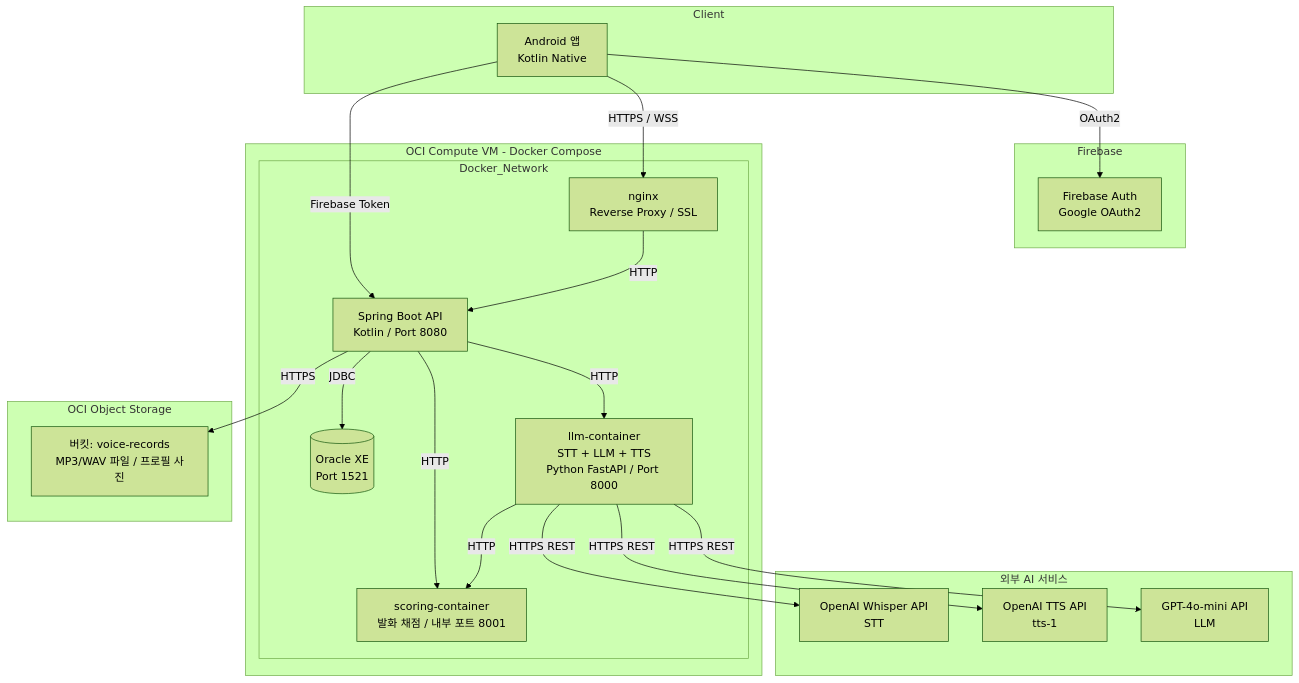
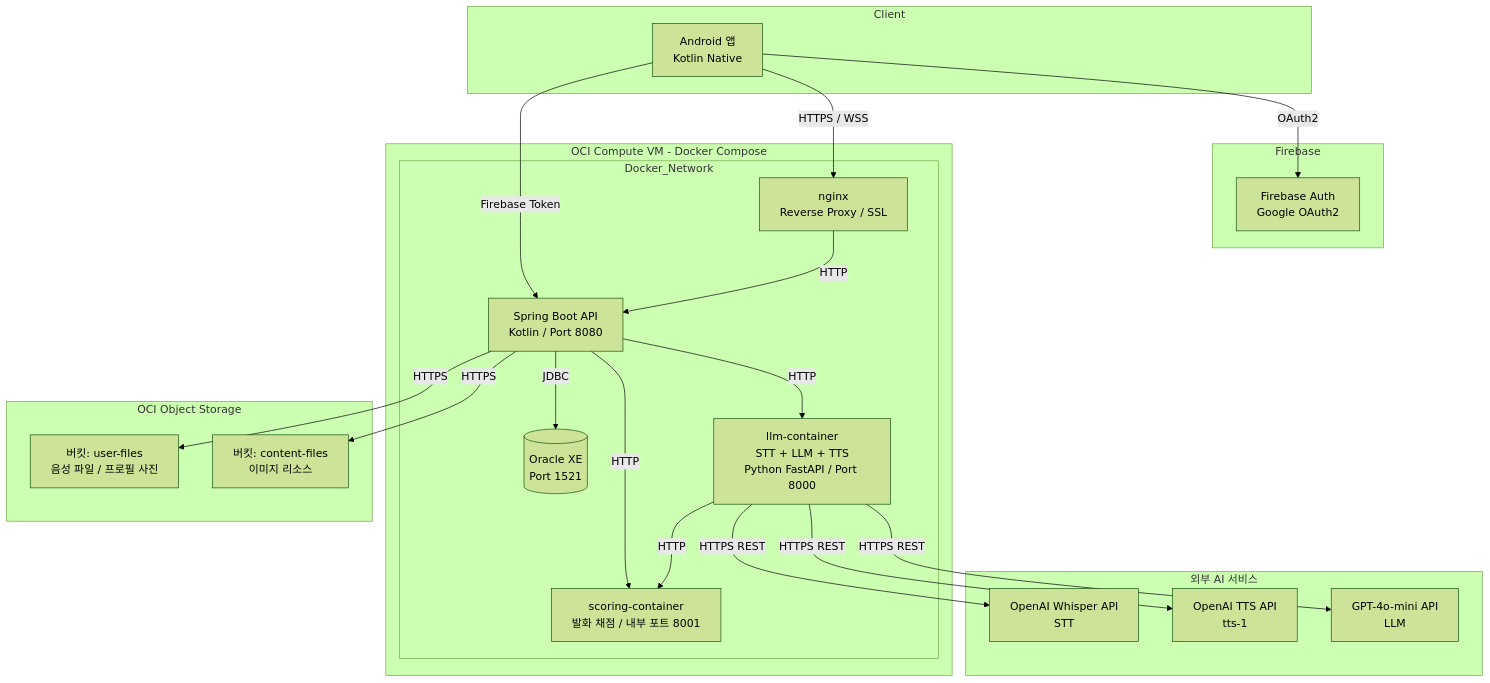
Before and after one commit to 2026SeSAC-Oracle-Team2/Documentations: the first of 4 diagrams in 02_System_Design_Document.md, drawn with Mermaid (forest theme). The commit also changed other lines of this file and 5 other files, not shown here.

````diff
--- a/02_System_Design_Document.md
+++ b/02_System_Design_Document.md
@@ -21,43 +32,45 @@
 ```mermaid
 graph TB
     subgraph Client
         A[Android 앱<br/>Kotlin Native]
     end
 
     subgraph Firebase
         F[Firebase Auth<br/>Google OAuth2]
     end
 
     subgraph OCI_VM[OCI Compute VM - Docker Compose]
         subgraph Docker_Network
             N[nginx<br/>Reverse Proxy / SSL]
             S[Spring Boot API<br/>Kotlin / Port 8080]
             D[(Oracle XE<br/>Port 1521)]
             LLM[llm-container<br/>STT + LLM + TTS<br/>Python FastAPI / Port 8000]
             SC[scoring-container<br/>발화 채점 / 내부 포트 8001]
         end
     end
 
     subgraph OCI_Object[OCI Object Storage]
-        O[버킷: voice-records<br/>MP3/WAV 파일 / 프로필 사진]
+        O1[버킷: user-files<br/>음성 파일 / 프로필 사진]
+        O2[버킷: content-files<br/>이미지 리소스]
     end
 
     subgraph External_AI[외부 AI 서비스]
         W[OpenAI Whisper API<br/>STT]
         T[OpenAI TTS API<br/>tts-1]
         G[GPT-4o-mini API<br/>LLM]
     end
 
     A -->|OAuth2| F
     A -->|Firebase Token| S
     A -->|HTTPS / WSS| N
     N -->|HTTP| S
     S -->|JDBC| D
-    S -->|HTTPS| O
+    S -->|HTTPS| O1
+    S -->|HTTPS| O2
     S -->|HTTP| LLM
     S -->|HTTP| SC
     LLM -->|HTTP| SC
     LLM -->|HTTPS REST| W
     LLM -->|HTTPS REST| T
     LLM -->|HTTPS REST| G
 ```
````
